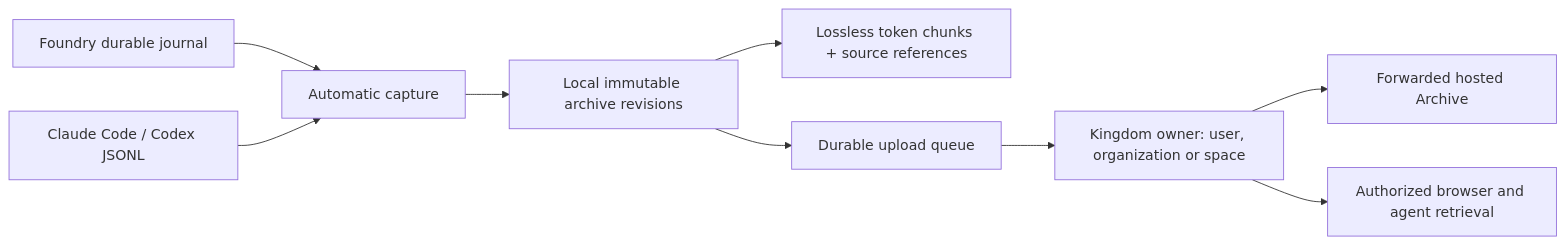
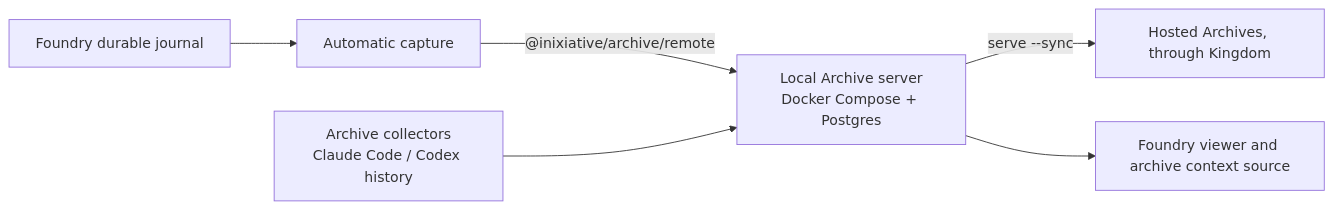
Before and after one commit to inixiative/foundry: the diagram in docs/session-archives.md, drawn with Mermaid. The commit also changed other lines of this file and 35 other files, not shown here.

First line of the commit message:
feat: write archive captures to the local Archive server

````diff
--- a/docs/session-archives.md
+++ b/docs/session-archives.md
@@ -5,11 +5,8 @@
 ```mermaid
 flowchart LR
   J[Foundry durable journal] --> C[Automatic capture]
-  I[Claude Code / Codex JSONL] --> C
-  C --> L[Local immutable archive revisions]
-  L --> T[Lossless token chunks + source references]
-  L --> Q[Durable upload queue]
-  Q --> K[Kingdom owner: user, organization or space]
-  K --> H[Forwarded hosted Archive]
-  K --> R[Authorized browser and agent retrieval]
+  C -- "@inixiative/archive/remote" --> L[Local Archive server<br/>Docker Compose + Postgres]
+  X[Archive collectors<br/>Claude Code / Codex history] --> L
+  L -- "serve --sync" --> H[Hosted Archives, through Kingdom]
+  L --> R[Foundry viewer and archive context source]
 ```
````
